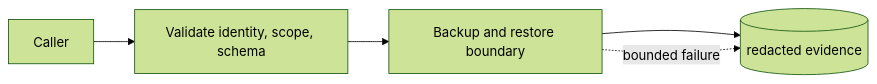
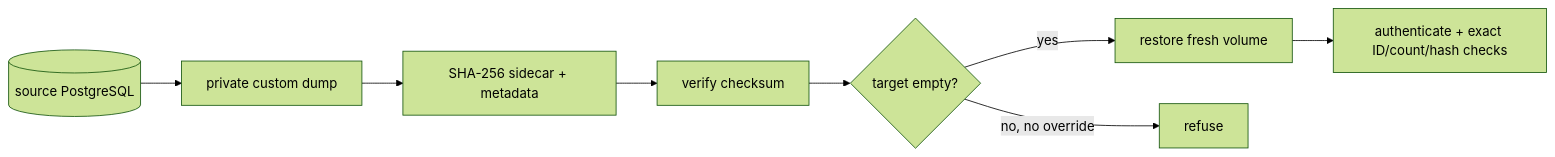
One commit to levalencia/archon changed the diagram in docs/course/concepts/backup-restore.md. Above: the diagram before and after it, drawn with Mermaid (forest theme). The commit also changed other lines of this file and 22 other files, not shown here.

Commit message:
docs: correct advanced course architecture and claims

````diff
--- a/docs/course/concepts/backup-restore.md
+++ b/docs/course/concepts/backup-restore.md
@@ -35,7 +12,10 @@
 ```mermaid
 flowchart LR
-  Caller --> V[Validate identity, scope, schema]
-  V --> C[Backup and restore boundary]
-  C --> E[(redacted evidence)]
-  C -. bounded failure .-> E
+  DB[(source PostgreSQL)] --> D[private custom dump]
+  D --> H[SHA-256 sidecar + metadata]
+  H --> V[verify checksum]
+  V --> C{target empty?}
+  C -->|yes| R[restore fresh volume]
+  C -->|no, no override| Stop[refuse]
+  R --> A[authenticate + exact ID/count/hash checks]
 ```
````
